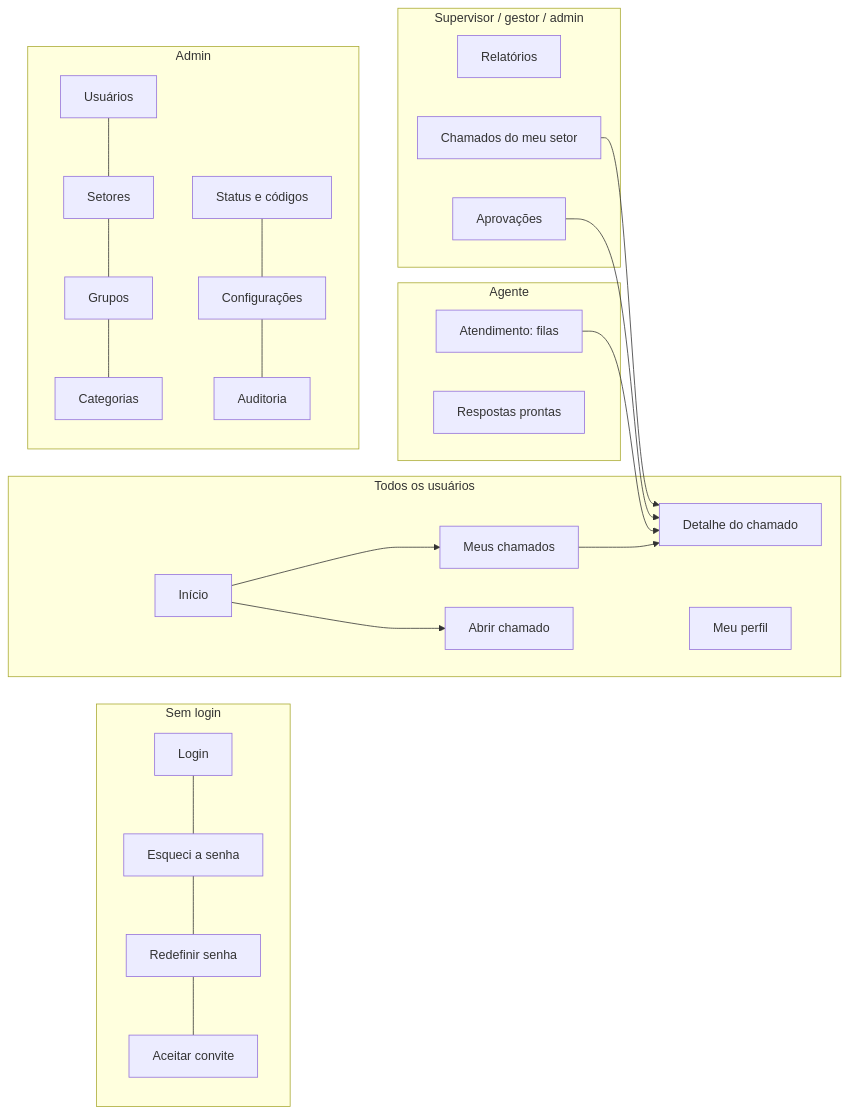
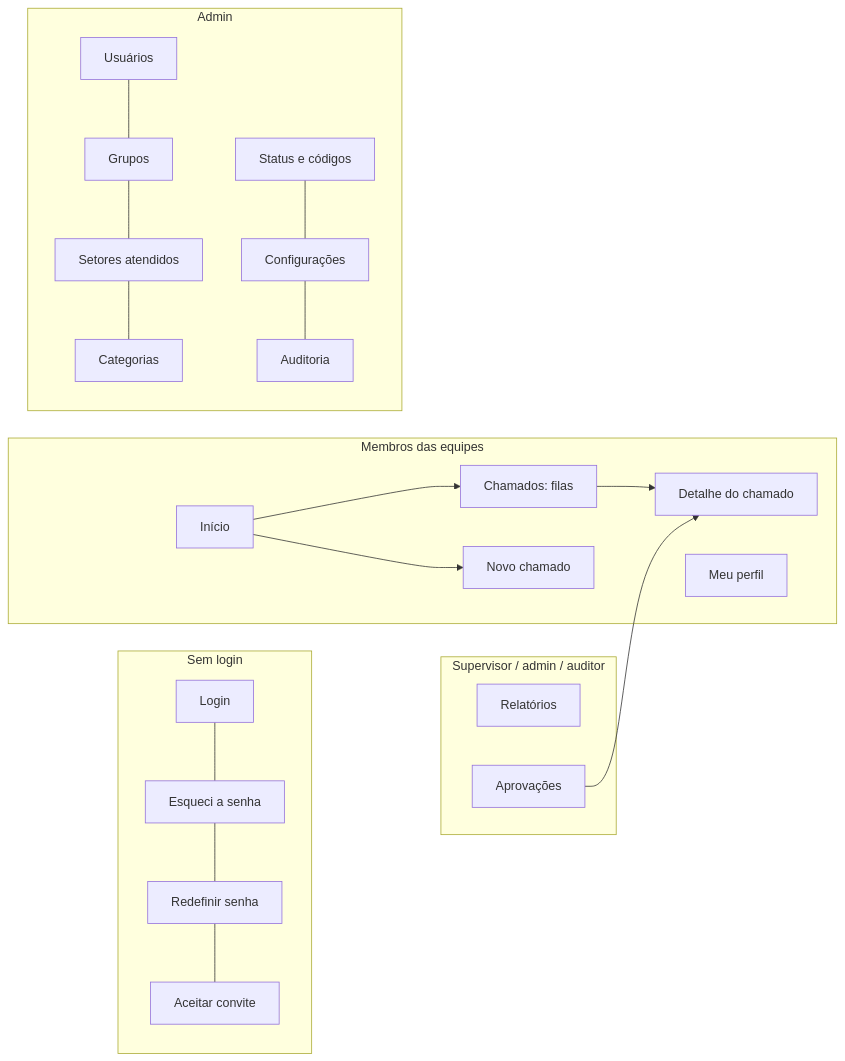
One commit to 0LB-i/ticketflow changed the diagram in docs/13-telas-e-navegacao.md. Above: the diagram before and after it, drawn with Mermaid. The commit also changed other lines of this file and 21 other files, not shown here.

First line of the commit message:
docs: TicketFlow como ferramenta das equipes, implantação e identidade visual

````diff
--- a/docs/13-telas-e-navegacao.md
+++ b/docs/13-telas-e-navegacao.md
@@ -28,24 +30,19 @@
 ```mermaid
 flowchart LR
     subgraph Publico[Sem login]
         L[Login] --- E[Esqueci a senha] --- R[Redefinir senha] --- C[Aceitar convite]
     end
-    subgraph Todos[Todos os usuários]
-        I[Início] --> MC[Meus chamados] --> D[Detalhe do chamado]
-        I --> N[Abrir chamado]
+    subgraph Equipe[Membros das equipes]
+        I[Início] --> F[Chamados: filas] --> D[Detalhe do chamado]
+        I --> N[Novo chamado]
         P[Meu perfil]
     end
-    subgraph Agente
-        F[Atendimento: filas] --> D
-        RP[Respostas prontas]
-    end
-    subgraph Gestao[Supervisor / gestor / admin]
+    subgraph Gestao[Supervisor / admin / auditor]
         RE[Relatórios]
-        S[Chamados do meu setor] --> D
         AP[Aprovações] --> D
     end
     subgraph Admin
-        AU[Usuários] --- AS[Setores] --- AG[Grupos] --- AC[Categorias]
+        AU[Usuários] --- AG[Grupos] --- AS[Setores atendidos] --- AC[Categorias]
         AT[Status e códigos] --- ACF[Configurações] --- AA[Auditoria]
     end
 ```
````
